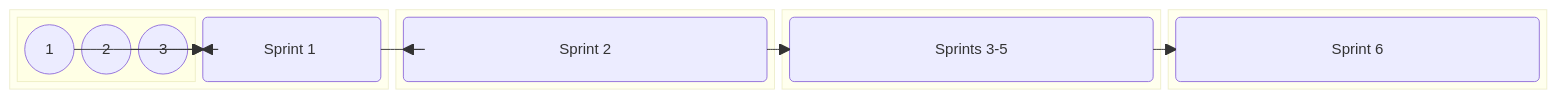
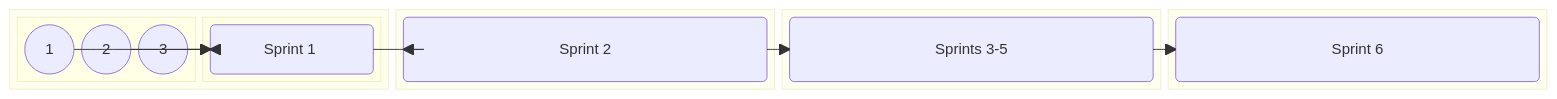
One commit to jdmedlock/mermaid_testing changed the second of 2 diagrams in README.md. Above: the diagram before and after it, drawn with Mermaid.

Commit message:
Feature: Add annotations to test layout

````diff
--- a/README.md
+++ b/README.md
@@ -90,29 +90,31 @@
 ```mermaid
   block-beta
     columns 4
     block:B1:1
       block:ANNOTATIONS
         A1(("&nbsp;&nbsp;&nbsp; 1 &nbsp;&nbsp;&nbsp;"))
         A2(("&nbsp;&nbsp;&nbsp; 2 &nbsp;&nbsp;&nbsp;"))
         A3(("&nbsp;&nbsp;&nbsp; 3 &nbsp;&nbsp;&nbsp;"))
       end
-      SPRINT1("Sprint 1&nbsp;")
+      block:S1
+        SPRINT1("Sprint 1&nbsp;")
+      end
       A1 ----> SPRINT1
       A2 ----> SPRINT1
       A3 ----> SPRINT1
     end
     block:B2:1
       SPRINT2("Sprint 2")
     end
     block:B3:1
       SPRINT35("Sprints 3-5")
     end
     block:B4:1
       SPRINT6("Sprint 6")
     end
 
     SPRINT1 --> SPRINT2
     SPRINT2 --> SPRINT35
     SPRINT35 --> SPRINT6
 
 ```
````
